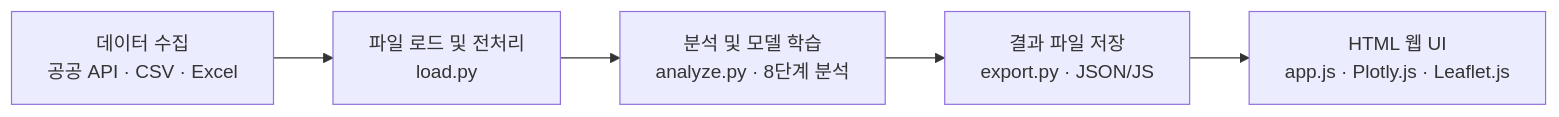
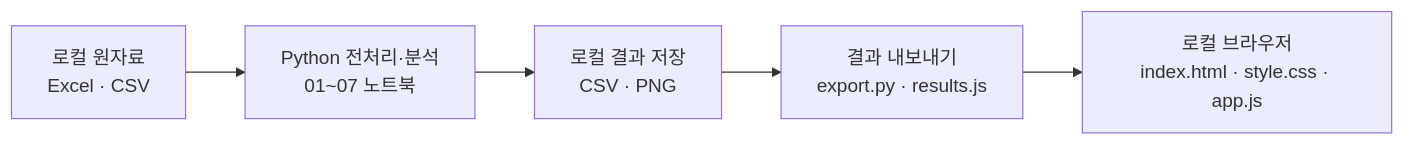
The diagram in README.md (roongji5/property-estimate), drawn with Mermaid before and after one commit. The commit also changed other lines of this file, not shown here.

````diff
--- a/README.md
+++ b/README.md
@@ -137,7 +211,7 @@
 ```mermaid
 flowchart LR
-    A[데이터 수집<br/>공공 API · CSV · Excel] --> B[파일 로드 및 전처리<br/>load.py]
-    B --> C[분석 및 모델 학습<br/>analyze.py · 8단계 분석]
-    C --> D[결과 파일 저장<br/>export.py · JSON/JS]
-    D --> E[HTML 웹 UI<br/>app.js · Plotly.js · Leaflet.js]
+    A[로컬 원자료<br/>Excel · CSV] --> B[Python 전처리·분석<br/>01~07 노트북]
+    B --> C[로컬 결과 저장<br/>CSV · PNG]
+    C --> D[결과 내보내기<br/>export.py · results.js]
+    D --> E[로컬 브라우저<br/>index.html · style.css · app.js]
 ```
````
